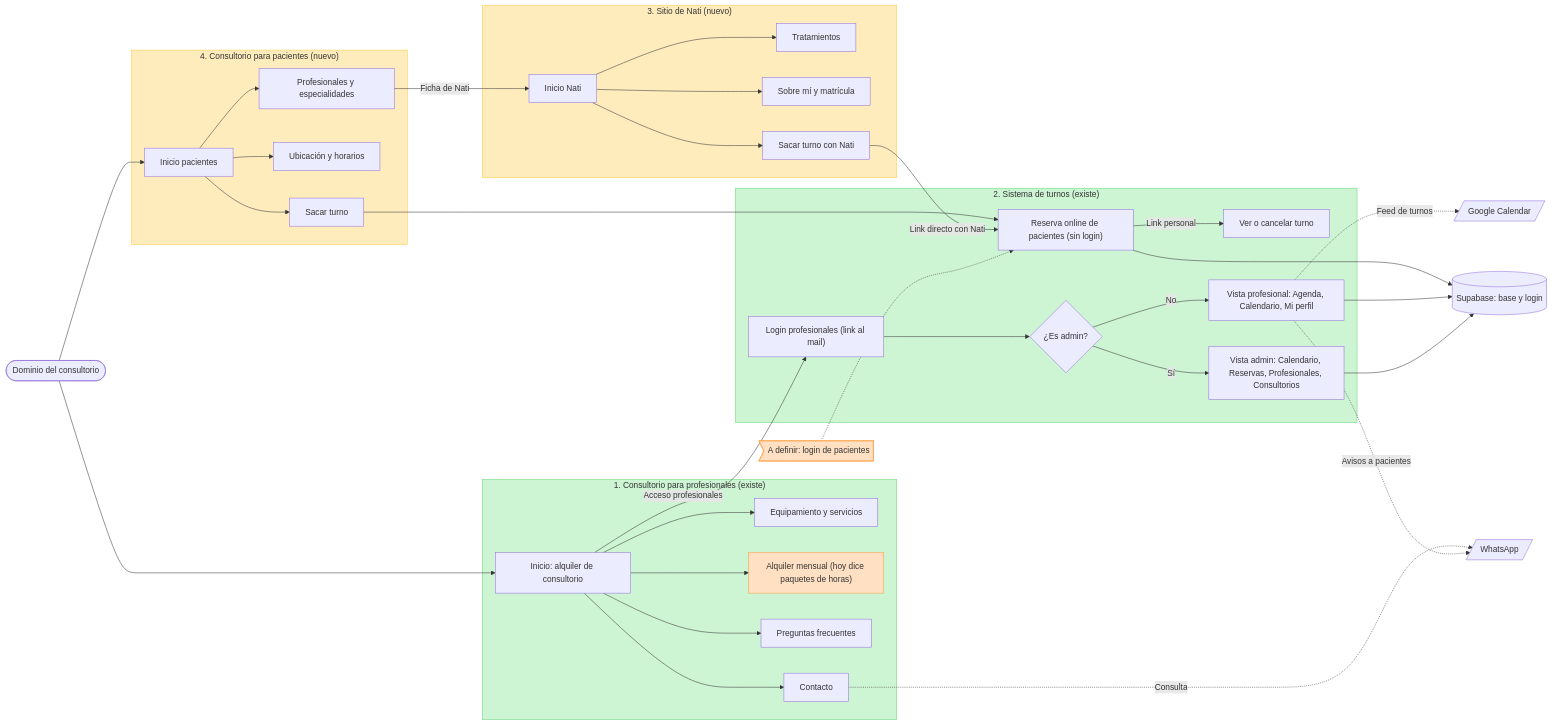
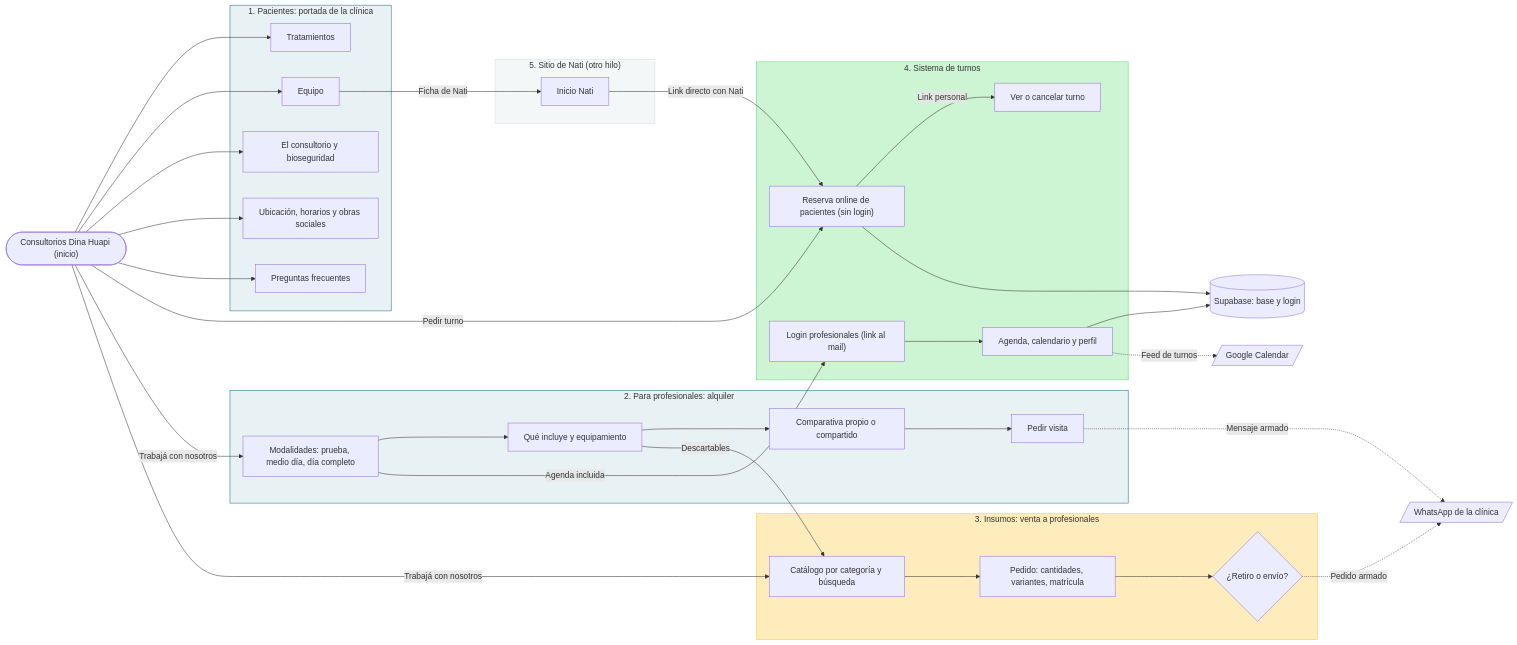
The diagram in docs/mapa-del-sitio.md (santiagojdv/consultorios-dina-huapi), drawn with Mermaid before and after one commit. The commit also changed other lines of this file and 34 other files, not shown here.

First line of the commit message:
Sitio completo de la clínica: portada, profesionales, insumos y turnos con la marca

````diff
--- a/docs/mapa-del-sitio.md
+++ b/docs/mapa-del-sitio.md
@@ -8,72 +17,67 @@
 ```mermaid
 flowchart LR
-    dominio(["Dominio del consultorio"])
+    dominio(["Consultorios Dina Huapi (inicio)"])
 
-    subgraph s1 ["1. Consultorio para profesionales (existe)"]
-        p1Home["Inicio: alquiler de consultorio"]
-        p1Equip["Equipamiento y servicios"]
-        p1Planes["Alquiler mensual (hoy dice paquetes de horas)"]
-        p1Faq["Preguntas frecuentes"]
-        p1Contacto["Contacto"]
+    subgraph s1 ["1. Pacientes: portada de la clínica"]
+        c1Trat["Tratamientos"]
+        c1Equipo["Equipo"]
+        c1Lugar["El consultorio y bioseguridad"]
+        c1Ubic["Ubicación, horarios y obras sociales"]
+        c1Faq["Preguntas frecuentes"]
     end
 
-    subgraph s4 ["4. Consultorio para pacientes (nuevo)"]
-        c4Home["Inicio pacientes"]
-        c4Pros["Profesionales y especialidades"]
-        c4Ubic["Ubicación y horarios"]
-        c4Cta["Sacar turno"]
+    subgraph s2 ["2. Para profesionales: alquiler"]
+        p2Mod["Modalidades: prueba, medio día, día completo"]
+        p2Incl["Qué incluye y equipamiento"]
+        p2Comp["Comparativa propio o compartido"]
+        p2Visita["Pedir visita"]
     end
 
-    subgraph s3 ["3. Sitio de Nati (nuevo)"]
-        n3Home["Inicio Nati"]
-        n3Trat["Tratamientos"]
-        n3Sobre["Sobre mí y matrícula"]
-        n3Cta["Sacar turno con Nati"]
+    subgraph s3 ["3. Insumos: venta a profesionales"]
+        i3Cat["Catálogo por categoría y búsqueda"]
+        i3Pedido["Pedido: cantidades, variantes, matrícula"]
+        i3Entrega{"¿Retiro o envío?"}
     end
 
-    subgraph s2 ["2. Sistema de turnos (existe)"]
-        t2Reserva["Reserva online de pacientes (sin login)"]
-        t2Cancel["Ver o cancelar turno"]
-        t2Login["Login profesionales (link al mail)"]
-        decRol{"¿Es admin?"}
-        vistaPro["Vista profesional: Agenda, Calendario, Mi perfil"]
-        vistaAdmin["Vista admin: Calendario, Reservas, Profesionales, Consultorios"]
+    subgraph s4 ["4. Sistema de turnos"]
+        t4Reserva["Reserva online de pacientes (sin login)"]
+        t4Cancel["Ver o cancelar turno"]
+        t4Login["Login profesionales (link al mail)"]
+        t4Agenda["Agenda, calendario y perfil"]
     end
 
-    pendLogin>"A definir: login de pacientes"]
+    subgraph s5 ["5. Sitio de Nati (otro hilo)"]
+        n5Home["Inicio Nati"]
+    end
+
+    wa[/"WhatsApp de la clínica"/]
     db[("Supabase: base y login")]
     gcal[/"Google Calendar"/]
-    wa[/"WhatsApp"/]
 
-    dominio --> p1Home
-    dominio --> c4Home
-    p1Home --> p1Equip & p1Planes & p1Faq & p1Contacto
-    p1Contacto -.->|"Consulta"| wa
-    p1Home -->|"Acceso profesionales"| t2Login
+    dominio --> c1Trat & c1Equipo & c1Lugar & c1Ubic & c1Faq
+    dominio -->|"Pedir turno"| t4Reserva
+    dominio -->|"Trabajá con nosotros"| p2Mod
+    dominio -->|"Trabajá con nosotros"| i3Cat
+    c1Equipo -->|"Ficha de Nati"| n5Home
+    n5Home -->|"Link directo con Nati"| t4Reserva
 
-    c4Home --> c4Pros & c4Ubic & c4Cta
-    c4Pros -->|"Ficha de Nati"| n3Home
-    c4Cta --> t2Reserva
+    p2Mod --> p2Incl --> p2Comp --> p2Visita
+    p2Visita -.->|"Mensaje armado"| wa
+    p2Incl -->|"Descartables"| i3Cat
+    p2Mod -->|"Agenda incluida"| t4Login
 
-    n3Home --> n3Trat & n3Sobre & n3Cta
-    n3Cta -->|"Link directo con Nati"| t2Reserva
+    i3Cat --> i3Pedido --> i3Entrega
+    i3Entrega -.->|"Pedido armado"| wa
 
-    t2Reserva -->|"Link personal"| t2Cancel
-    t2Login --> decRol
-    decRol -->|"No"| vistaPro
-    decRol -->|"Sí"| vistaAdmin
-    pendLogin -.-> t2Reserva
+    t4Reserva -->|"Link personal"| t4Cancel
+    t4Login --> t4Agenda
+    t4Reserva --> db
+    t4Agenda --> db
+    t4Agenda -.->|"Feed de turnos"| gcal
 
-    t2Reserva --> db
-    vistaPro --> db
-    vistaAdmin --> db
-    vistaPro -.->|"Feed de turnos"| gcal
-    vistaPro -.->|"Avisos a pacientes"| wa
-
-    style s1 fill:#CDF4D3,stroke:#66D575
-    style s2 fill:#CDF4D3,stroke:#66D575
+    style s1 fill:#E8F1F3,stroke:#127285
+    style s2 fill:#E8F1F3,stroke:#127285
     style s3 fill:#FFECBD,stroke:#FFC943
-    style s4 fill:#FFECBD,stroke:#FFC943
-    style pendLogin fill:#FFE0C2,stroke:#FF9E42
-    style p1Planes fill:#FFE0C2,stroke:#FF9E42
+    style s4 fill:#CDF4D3,stroke:#66D575
+    style s5 fill:#F4F7F8,stroke:#D5DDE2
 ```
````
